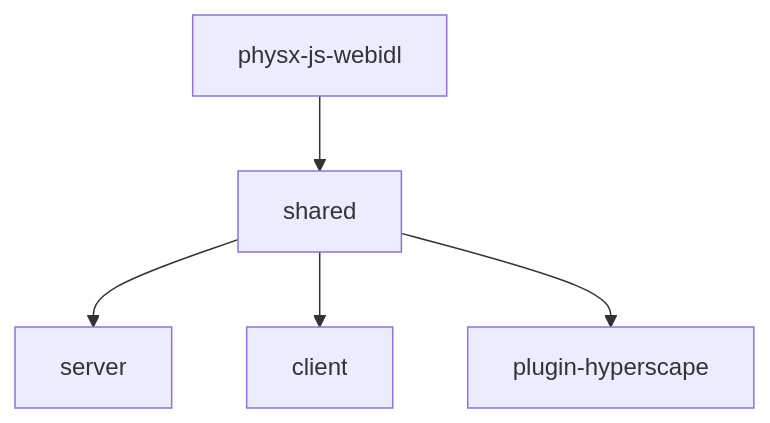
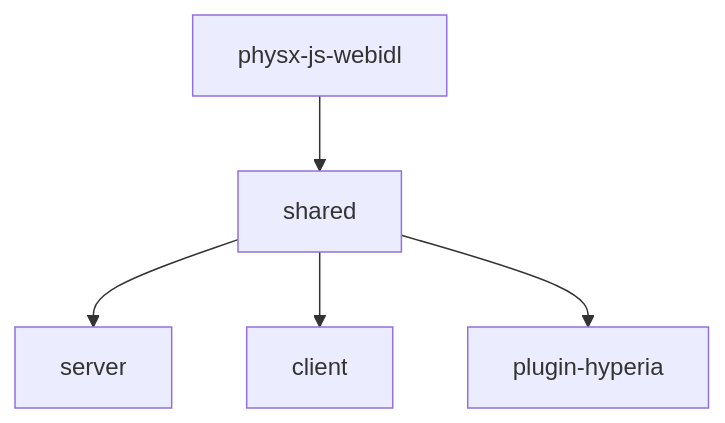
Before and after one commit to HyperscapeAI/docs: the diagram in architecture.mdx, drawn with Mermaid.

Commit message:
Update architecture.mdx

Mintlify-Source: dashboard-editor

````diff
--- a/architecture.mdx
+++ b/architecture.mdx
@@ -35,7 +35,7 @@
 ```mermaid
 flowchart TD
     A[physx-js-webidl] --> B[shared]
     B --> C[server]
     B --> D[client]
-    B --> E[plugin-hyperscape]
+    B --> E[plugin-hyperia]
 ```
````
